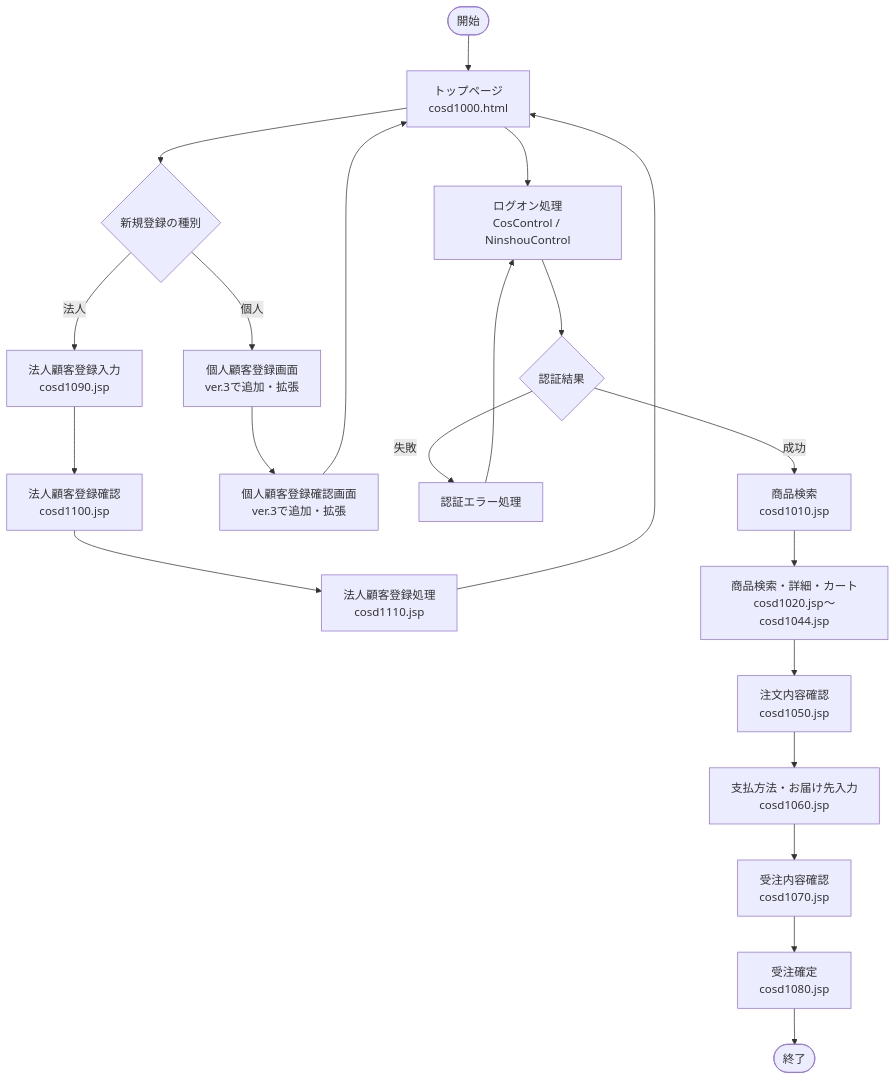
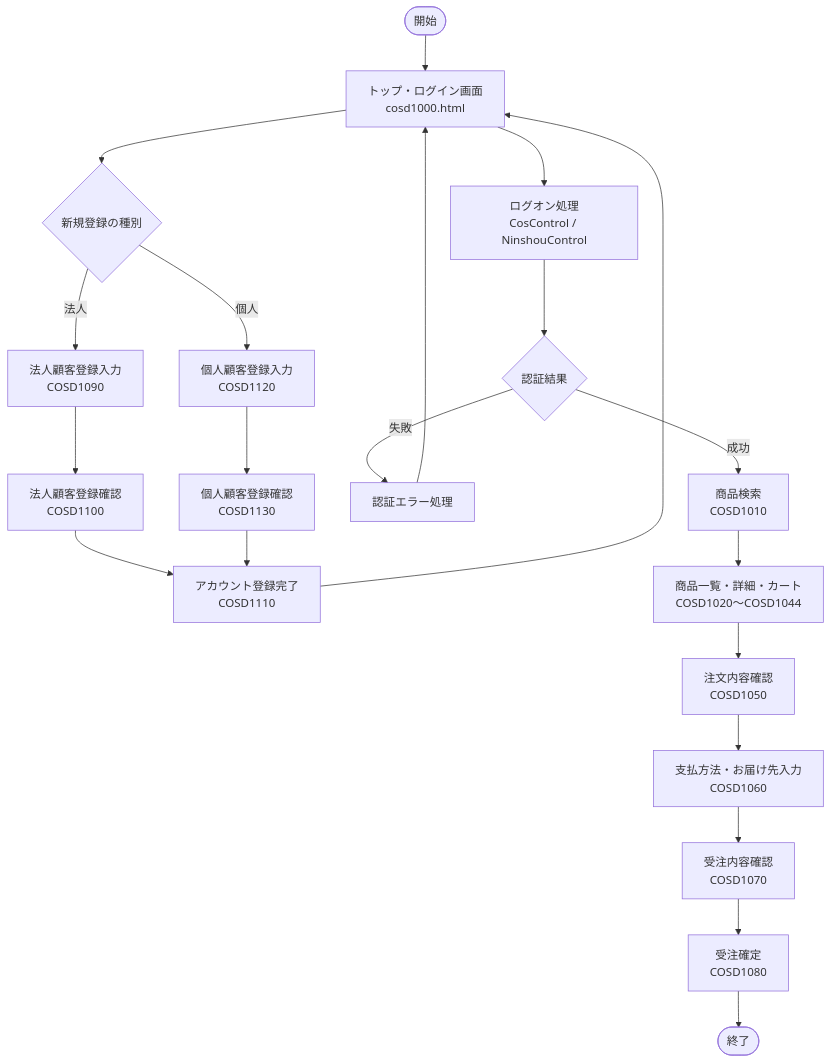
The third of 3 diagrams in ver.3/設計書/基本設計書.md (h-yokota1215/web-version_up), drawn with Mermaid before and after one commit. The commit also changed other lines of this file, not shown here.

````diff
--- a/ver.3/設計書/基本設計書.md
+++ b/ver.3/設計書/基本設計書.md
@@ -195,45 +201,52 @@
 ```mermaid
 flowchart TD
     Start(["開始"])
-    Top["トップページ<br/>cosd1000.html"]
+    Top["トップ・ログイン画面<br/>cosd1000.html"]
     RegisterType{"新規登録の種別"}
-    CorporateRegister["法人顧客登録入力<br/>cosd1090.jsp"]
-    CorporateConfirm["法人顧客登録確認<br/>cosd1100.jsp"]
-    CorporateRegisterProcess["法人顧客登録処理<br/>cosd1110.jsp"]
-    IndividualRegister["個人顧客登録画面<br/>ver.3で追加・拡張"]
-    IndividualConfirm["個人顧客登録確認画面<br/>ver.3で追加・拡張"]
+
+    CorporateRegister["法人顧客登録入力<br/>COSD1090"]
+    CorporateConfirm["法人顧客登録確認<br/>COSD1100"]
+
+    IndividualRegister["個人顧客登録入力<br/>COSD1120"]
+    IndividualConfirm["個人顧客登録確認<br/>COSD1130"]
+
+    RegisterComplete["アカウント登録完了<br/>COSD1110"]
+
     Login["ログオン処理<br/>CosControl / NinshouControl"]
     AuthCheck{"認証結果"}
     AuthError["認証エラー処理"]
-    Product["商品検索<br/>cosd1010.jsp"]
-    Cart["商品検索・詳細・カート<br/>cosd1020.jsp～cosd1044.jsp"]
-    OrderConfirm["注文内容確認<br/>cosd1050.jsp"]
-    Payment["支払方法・お届け先入力<br/>cosd1060.jsp"]
-    FinalConfirm["受注内容確認<br/>cosd1070.jsp"]
-    OrderProcess["受注確定<br/>cosd1080.jsp"]
+
+    Product["商品検索<br/>COSD1010"]
+    Cart["商品一覧・詳細・カート<br/>COSD1020～COSD1044"]
+    OrderConfirm["注文内容確認<br/>COSD1050"]
+    Payment["支払方法・お届け先入力<br/>COSD1060"]
+    FinalConfirm["受注内容確認<br/>COSD1070"]
+    OrderProcess["受注確定<br/>COSD1080"]
     End(["終了"])
 
     Start --> Top
+
     Top --> RegisterType
     RegisterType -- "法人" --> CorporateRegister
     CorporateRegister --> CorporateConfirm
-    CorporateConfirm --> CorporateRegisterProcess
-    CorporateRegisterProcess --> Top
+    CorporateConfirm --> RegisterComplete
 
     RegisterType -- "個人" --> IndividualRegister
     IndividualRegister --> IndividualConfirm
-    IndividualConfirm --> Top
+    IndividualConfirm --> RegisterComplete
+
+    RegisterComplete --> Top
 
     Top --> Login
     Login --> AuthCheck
     AuthCheck -- "失敗" --> AuthError
-    AuthError --> Login
+    AuthError --> Top
     AuthCheck -- "成功" --> Product
 
     Product --> Cart
     Cart --> OrderConfirm
     OrderConfirm --> Payment
     Payment --> FinalConfirm
     FinalConfirm --> OrderProcess
     OrderProcess --> End
 ```
````
